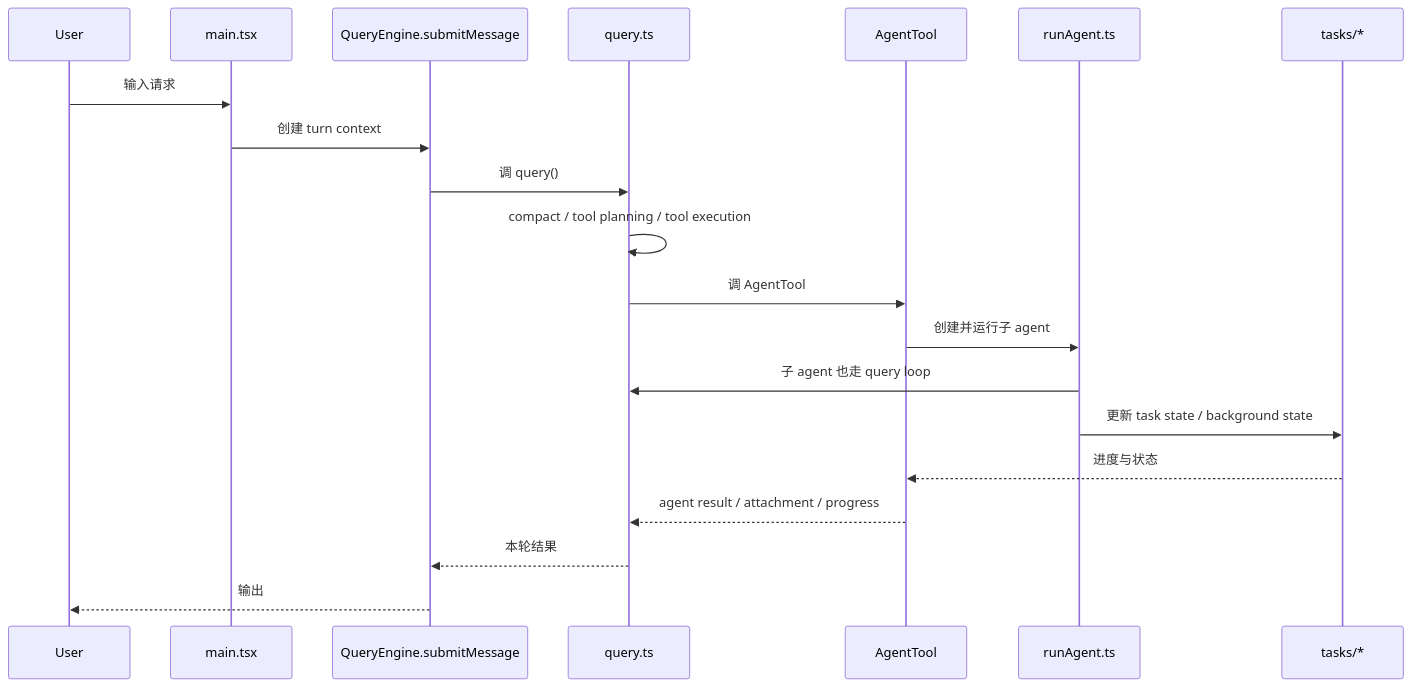
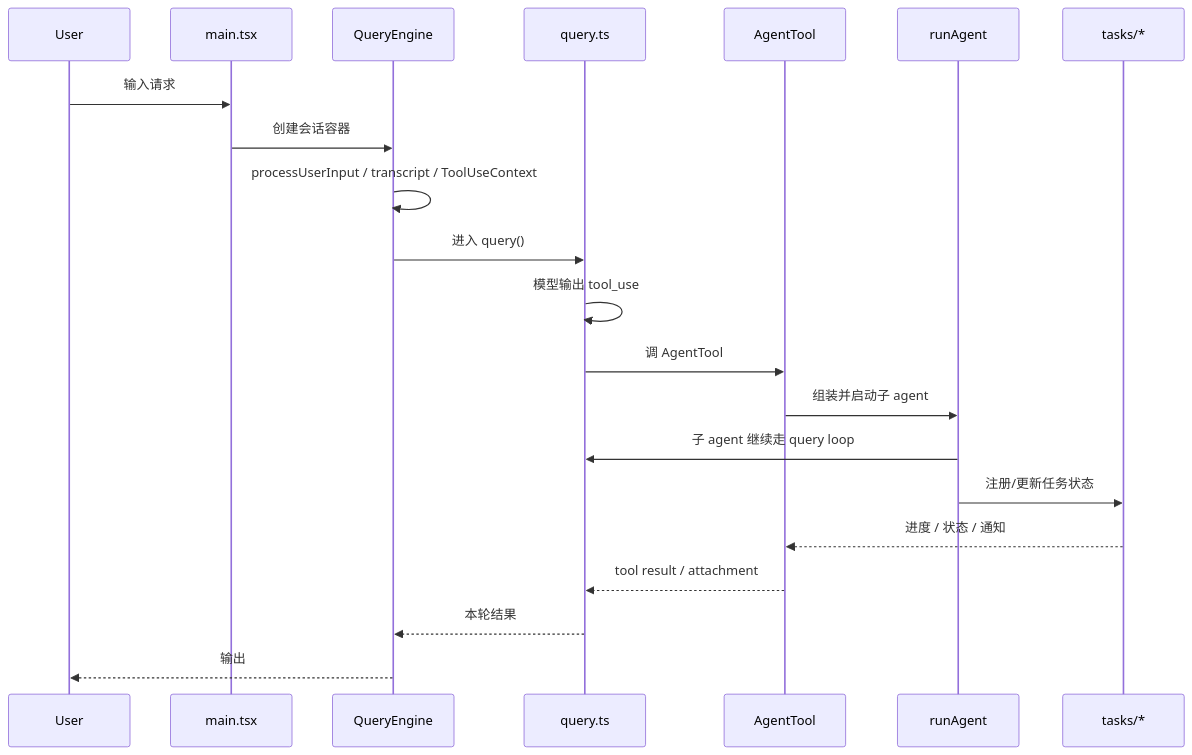
Before and after one commit to Boulea7/ClaudeCode-Source-DeepDive: the first of 2 diagrams in MODULES/01-agent-loop-and-teams/DEEP/README.md, drawn with Mermaid. The commit also changed other lines of this file and 5 other files, not shown here.

````diff
--- a/MODULES/01-agent-loop-and-teams/DEEP/README.md
+++ b/MODULES/01-agent-loop-and-teams/DEEP/README.md
@@ -138,23 +169,24 @@
 ```mermaid
 sequenceDiagram
     participant U as User
     participant M as main.tsx
-    participant QE as QueryEngine.submitMessage
+    participant QE as QueryEngine
     participant Q as query.ts
     participant AT as AgentTool
-    participant RA as runAgent.ts
+    participant RA as runAgent
     participant TS as tasks/*
 
     U->>M: 输入请求
-    M->>QE: 创建 turn context
-    QE->>Q: 调 query()
-    Q->>Q: compact / tool planning / tool execution
+    M->>QE: 创建会话容器
+    QE->>QE: processUserInput / transcript / ToolUseContext
+    QE->>Q: 进入 query()
+    Q->>Q: 模型输出 tool_use
     Q->>AT: 调 AgentTool
-    AT->>RA: 创建并运行子 agent
-    RA->>Q: 子 agent 也走 query loop
-    RA->>TS: 更新 task state / background state
-    TS-->>AT: 进度与状态
-    AT-->>Q: agent result / attachment / progress
+    AT->>RA: 组装并启动子 agent
+    RA->>Q: 子 agent 继续走 query loop
+    RA->>TS: 注册/更新任务状态
+    TS-->>AT: 进度 / 状态 / 通知
+    AT-->>Q: tool result / attachment
     Q-->>QE: 本轮结果
     QE-->>U: 输出
 ```
````
